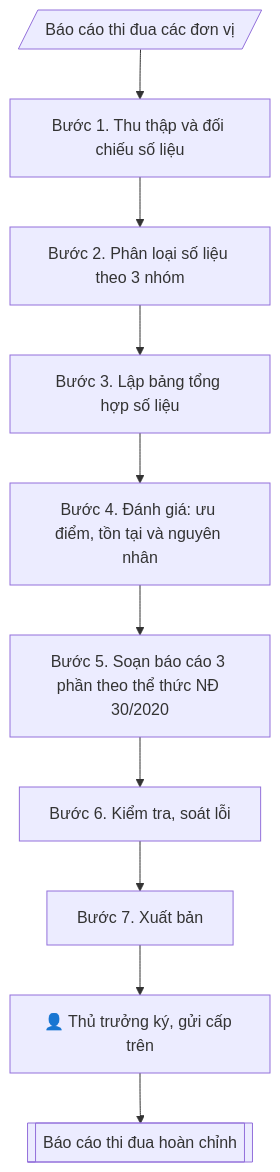
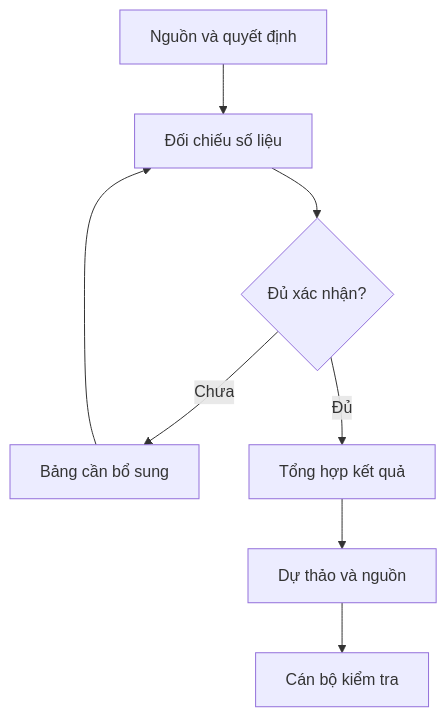
Before and after one commit to phamtruong91/dh-skills: the diagram in skills/bao-cao-thi-dua/SKILL.md, drawn with Mermaid. The commit also changed other lines of this file and 6 other files, not shown here.

````diff
--- a/skills/bao-cao-thi-dua/SKILL.md
+++ b/skills/bao-cao-thi-dua/SKILL.md
@@ -134,12 +40,10 @@
 ```mermaid
 flowchart TD
-    IN[/"Báo cáo thi đua các đơn vị"/] --> A["Bước 1. Thu thập và đối chiếu số liệu"]
-    A --> B["Bước 2. Phân loại số liệu theo 3 nhóm"]
-    B --> C["Bước 3. Lập bảng tổng hợp số liệu"]
-    C --> D["Bước 4. Đánh giá: ưu điểm, tồn tại và nguyên nhân"]
-    D --> E["Bước 5. Soạn báo cáo 3 phần theo thể thức NĐ 30/2020"]
-    E --> F["Bước 6. Kiểm tra, soát lỗi"]
-    F --> G["Bước 7. Xuất bản"]
-    G --> HG["👤 Thủ trưởng ký, gửi cấp trên"]
-    HG --> OUT[["Báo cáo thi đua hoàn chỉnh"]]
+    A["Nguồn và quyết định"] --> B["Đối chiếu số liệu"]
+    B --> C{"Đủ xác nhận?"}
+    C -->|Chưa| D["Bảng cần bổ sung"]
+    C -->|Đủ| E["Tổng hợp kết quả"]
+    D --> B
+    E --> F["Dự thảo và nguồn"]
+    F --> G["Cán bộ kiểm tra"]
 ```
````
